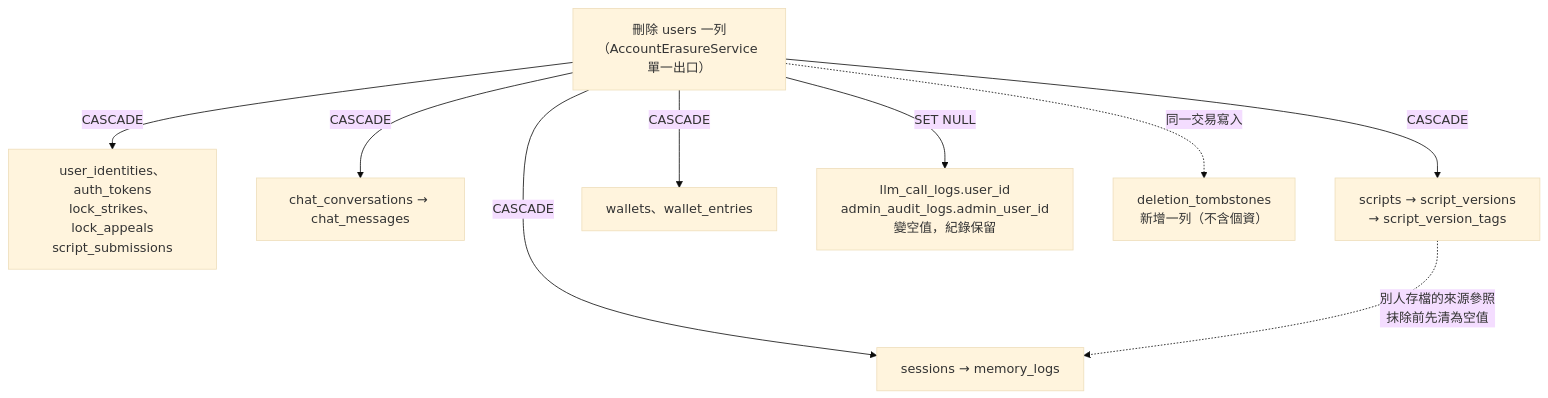
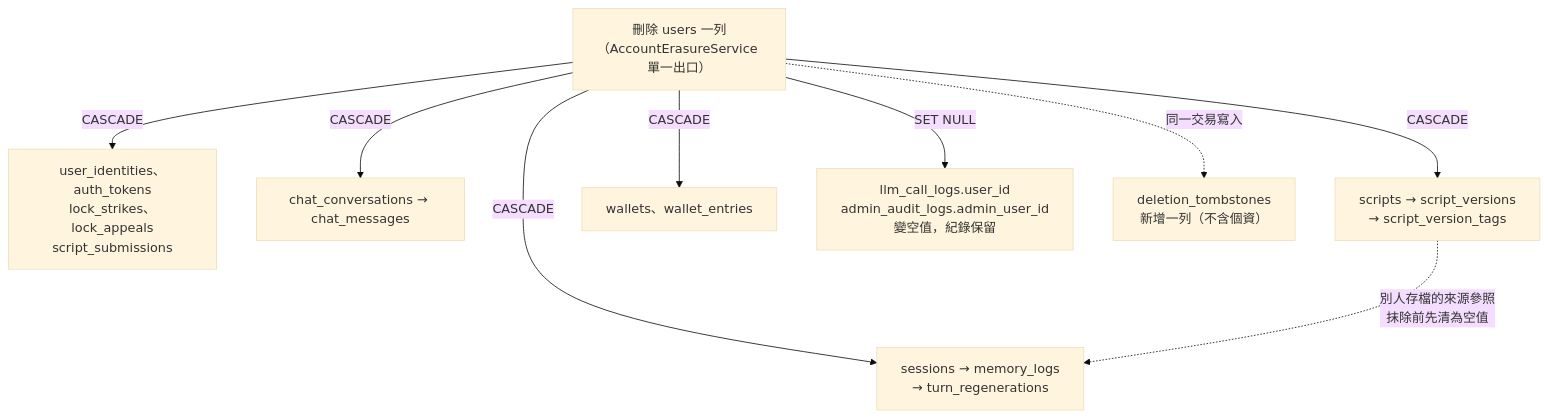
The eighth of 11 diagrams in docs/project資料結構文件.md (pp466pp466/R.A.C), drawn with Mermaid (base theme) before and after one commit. The commit also changed other lines of this file and 14 other files, not shown here.

````diff
--- a/docs/project資料結構文件.md
+++ b/docs/project資料結構文件.md
@@ -559,19 +586,19 @@
 ```mermaid
 flowchart TD
     U["刪除 users 一列<br/>（AccountErasureService 單一出口）"]
     A["user_identities、auth_tokens<br/>lock_strikes、lock_appeals<br/>script_submissions"]
     B["chat_conversations → chat_messages"]
     C["scripts → script_versions<br/>→ script_version_tags"]
-    D["sessions → memory_logs"]
+    D["sessions → memory_logs<br/>→ turn_regenerations"]
     W["wallets、wallet_entries"]
     E["llm_call_logs.user_id<br/>admin_audit_logs.admin_user_id<br/>變空值，紀錄保留"]
     F["deletion_tombstones<br/>新增一列（不含個資）"]
     U -->|"CASCADE"| A
     U -->|"CASCADE"| B
     U -->|"CASCADE"| C
     U -->|"CASCADE"| D
     U -->|"CASCADE"| W
     U -->|"SET NULL"| E
     U -.->|"同一交易寫入"| F
     C -.->|"別人存檔的來源參照<br/>抹除前先清為空值"| D
 ```
````
